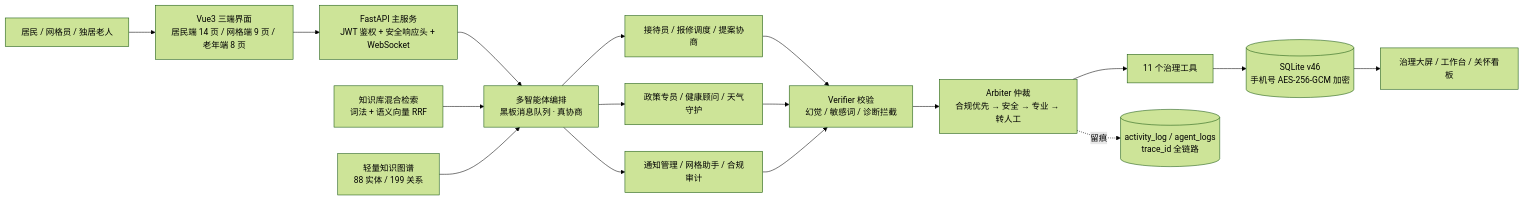
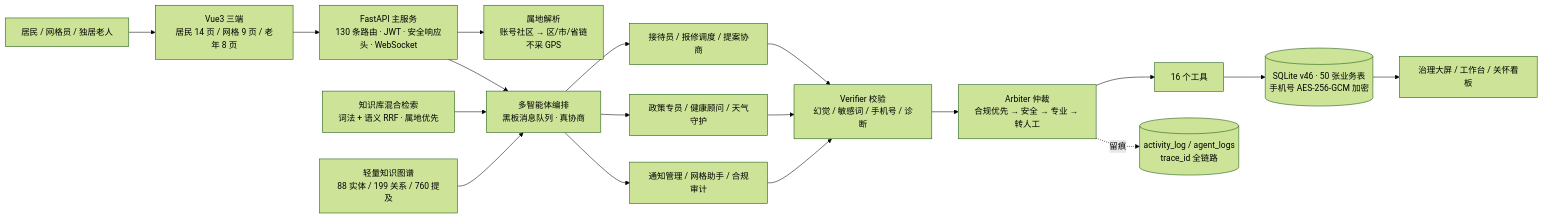
Before and after one commit to woshuofengsu/campus-insight-agent: the diagram in docs/competition/创意说明书-提交版.md, drawn with Mermaid (forest theme). The commit also changed other lines of this file and 34 other files, not shown here.

````diff
--- a/docs/competition/创意说明书-提交版.md
+++ b/docs/competition/创意说明书-提交版.md
@@ -100,17 +110,18 @@
 ```mermaid
 flowchart LR
-    U[居民 / 网格员 / 独居老人] --> UI[Vue3 三端界面<br/>居民端 14 页 / 网格端 9 页 / 老年端 8 页]
-    UI --> API[FastAPI 主服务<br/>JWT 鉴权 + 安全响应头 + WebSocket]
+    U[居民 / 网格员 / 独居老人] --> UI[Vue3 三端<br/>居民 14 页 / 网格 9 页 / 老年 8 页]
+    UI --> API[FastAPI 主服务<br/>130 条路由 · JWT · 安全响应头 · WebSocket]
+    API --> R[属地解析<br/>账号社区 → 区/市/省链<br/>不采 GPS]
     API --> O[多智能体编排<br/>黑板消息队列 · 真协商]
     O --> A1[接待员 / 报修调度 / 提案协商]
     O --> A2[政策专员 / 健康顾问 / 天气守护]
     O --> A3[通知管理 / 网格助手 / 合规审计]
-    A1 & A2 & A3 --> V[Verifier 校验<br/>幻觉 / 敏感词 / 诊断拦截]
+    A1 & A2 & A3 --> V[Verifier 校验<br/>幻觉 / 敏感词 / 手机号 / 诊断]
     V --> AR[Arbiter 仲裁<br/>合规优先 → 安全 → 专业 → 转人工]
-    AR --> T[11 个治理工具]
-    T --> DB[(SQLite v46<br/>手机号 AES-256-GCM 加密)]
-    KB[知识库混合检索<br/>词法 + 语义向量 RRF] --> O
-    KG[轻量知识图谱<br/>88 实体 / 199 关系] --> O
+    AR --> T[16 个工具]
+    T --> DB[(SQLite v46 · 50 张业务表<br/>手机号 AES-256-GCM 加密)]
+    KB[知识库混合检索<br/>词法 + 语义 RRF · 属地优先] --> O
+    KG[轻量知识图谱<br/>88 实体 / 199 关系 / 760 提及] --> O
     DB --> S[治理大屏 / 工作台 / 关怀看板]
     AR -.留痕.-> LOG[(activity_log / agent_logs<br/>trace_id 全链路)]
 ```
````
